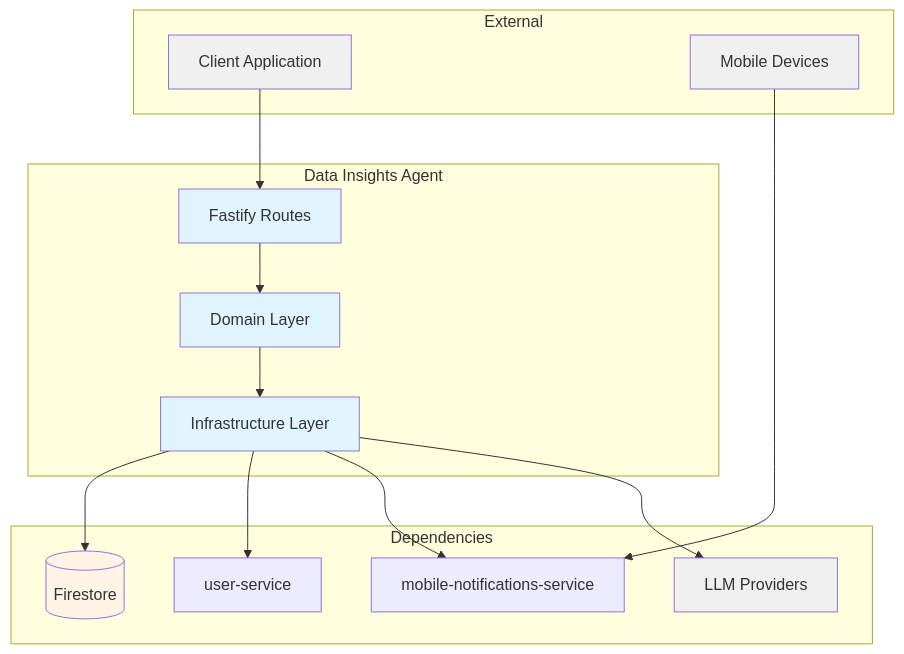
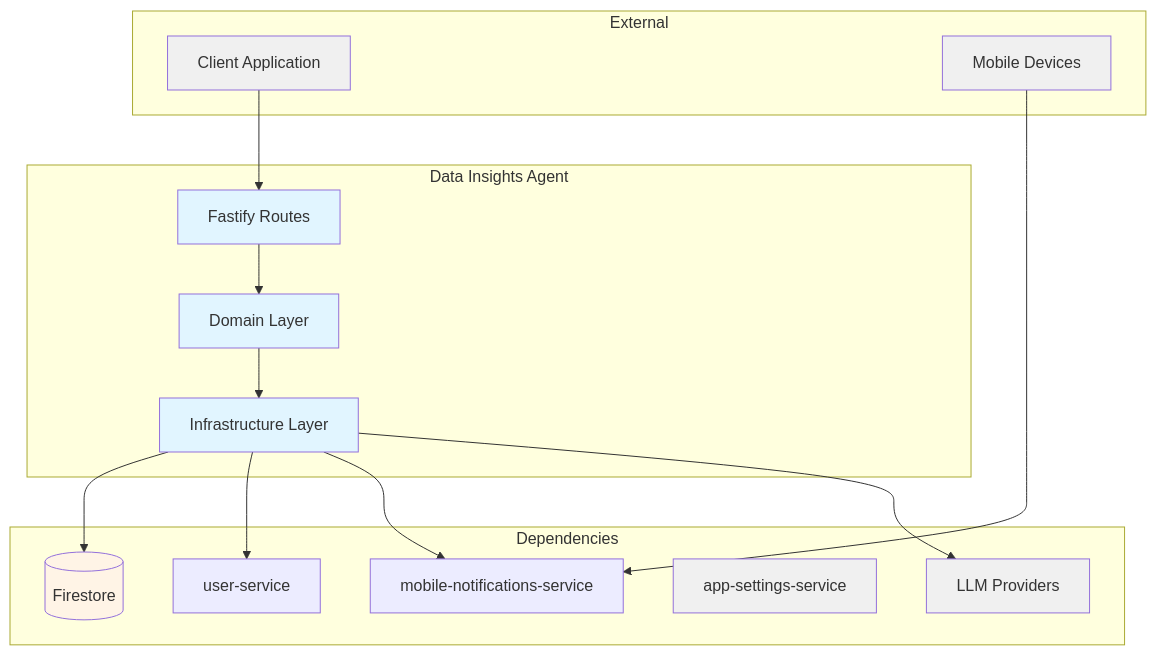
The first of 2 diagrams in docs/services/data-insights-agent/technical.md (pbuchman/intexuraos), drawn with Mermaid before and after one commit. The commit also changed other lines of this file and 102 other files, not shown here.

````diff
--- a/docs/services/data-insights-agent/technical.md
+++ b/docs/services/data-insights-agent/technical.md
@@ -9,37 +9,38 @@
 ```mermaid
 graph TB
     subgraph "External"
         Client[Client Application]
         Mobile[Mobile Devices]
     end
 
     subgraph "Data Insights Agent"
         API[Fastify Routes]
         Domain[Domain Layer]
         Infra[Infrastructure Layer]
     end
 
     subgraph "Dependencies"
         Firestore[(Firestore)]
         UserService[user-service]
         NotifSvc[mobile-notifications-service]
+        AppSettings[app-settings-service]
         LLM[LLM Providers]
     end
 
     Client --> API
     Mobile --> NotifSvc
     API --> Domain
     Domain --> Infra
     Infra --> Firestore
     Infra --> UserService
     Infra --> NotifSvc
     Infra --> LLM
 
     classDef service fill:#e1f5ff
     classDef storage fill:#fff4e6
     classDef external fill:#f0f0f0
 
     class API,Domain,Infra service
     class Firestore storage
-    class Client,Mobile,LLM external
+    class Client,Mobile,LLM,AppSettings external
 ```
````
